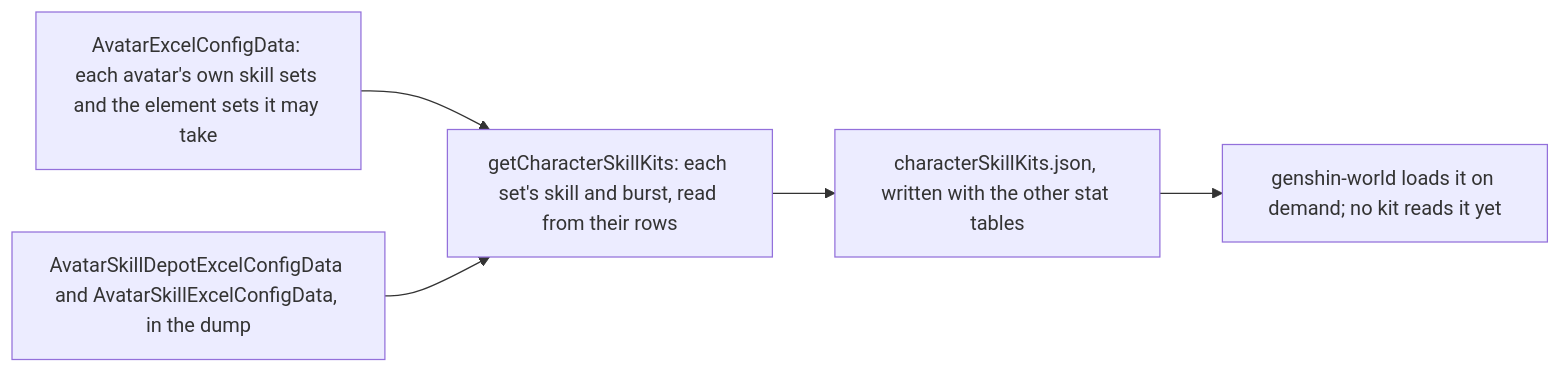
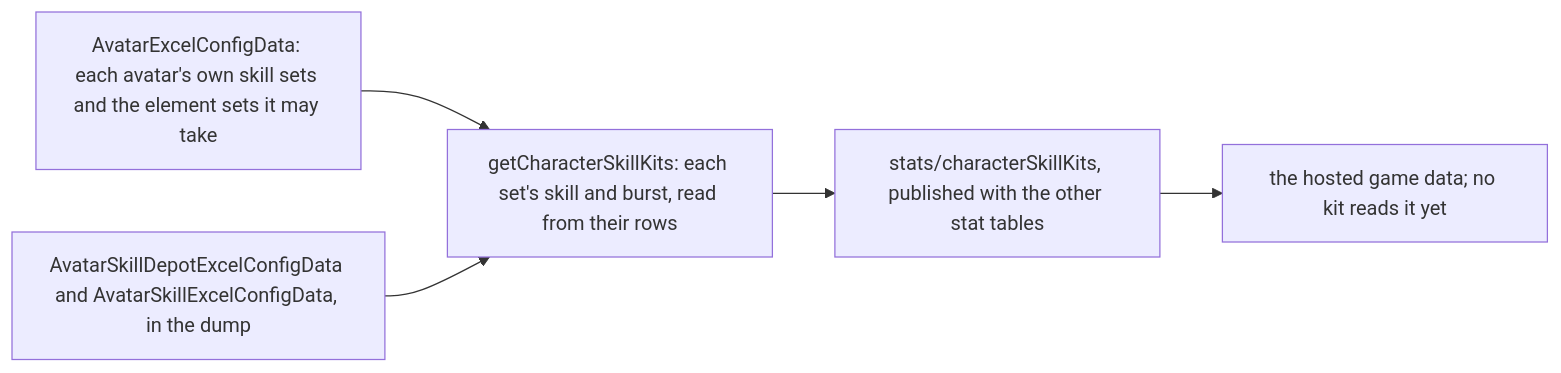
One commit to Esposter/Esposter changed the first of 2 diagrams in apps/web/content/docs/genshin/character-kits.md. Above: the diagram before and after it, drawn with Mermaid. The commit also changed other lines of this file and 64 other files, not shown here.

````diff
--- a/apps/web/content/docs/genshin/character-kits.md
+++ b/apps/web/content/docs/genshin/character-kits.md
@@ -14,7 +14,7 @@
 ```mermaid
 flowchart LR
   AV["AvatarExcelConfigData: each avatar's own skill sets and the element sets it may take"] --> RD["getCharacterSkillKits: each set's skill and burst, read from their rows"]
   SK["AvatarSkillDepotExcelConfigData and AvatarSkillExcelConfigData, in the dump"] --> RD
-  RD --> JSON["characterSkillKits.json, written with the other stat tables"]
-  JSON --> APP["genshin-world loads it on demand; no kit reads it yet"]
+  RD --> JSON["stats/characterSkillKits, published with the other stat tables"]
+  JSON --> APP["the hosted game data; no kit reads it yet"]
 ```
````
